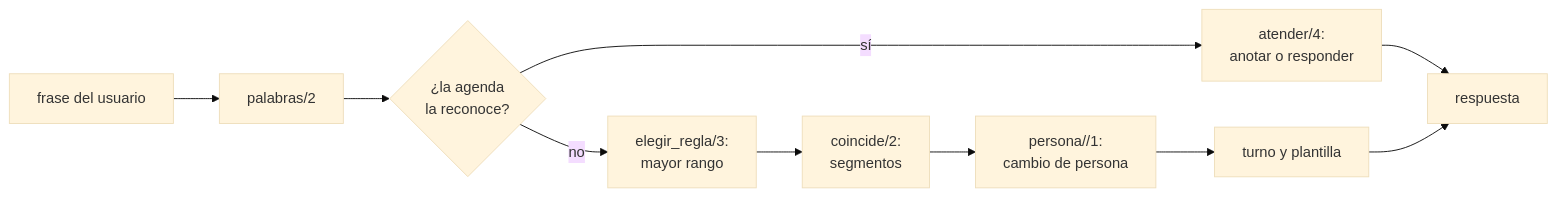
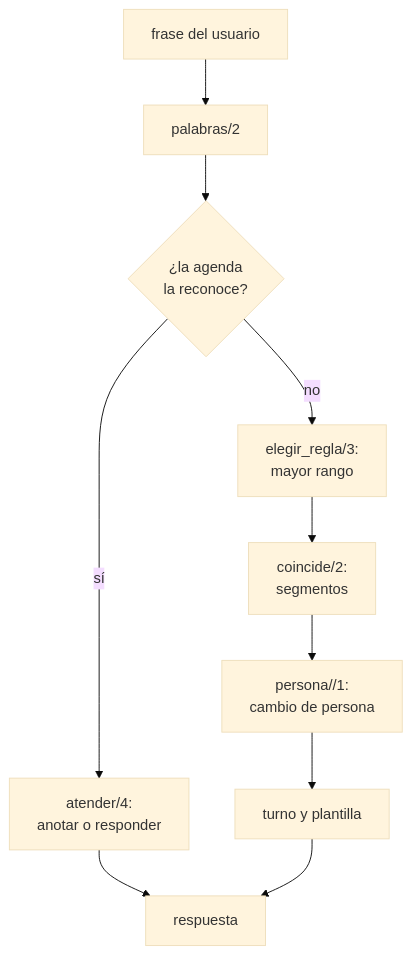
The diagram in docs/capitulo-55-proyecto-dialogos-plantillas/index.md (CesarBallardini/curso-de-prolog), drawn with Mermaid (base theme) before and after one commit. The commit also changed 34 other files, not shown here.

````diff
--- a/docs/capitulo-55-proyecto-dialogos-plantillas/index.md
+++ b/docs/capitulo-55-proyecto-dialogos-plantillas/index.md
@@ -140,12 +140,12 @@
 ```mermaid
-flowchart LR
+flowchart TD
     F["frase del usuario"] --> P["palabras/2"]
     P --> A{"¿la agenda<br/>la reconoce?"}
     A -- "sí" --> AG["atender/4:<br/>anotar o responder"]
     A -- "no" --> R["elegir_regla/3:<br/>mayor rango"]
     R --> C["coincide/2:<br/>segmentos"]
     C --> PE["persona//1:<br/>cambio de persona"]
     PE --> T["turno y plantilla"]
     AG --> S["respuesta"]
     T --> S
 ```
````
